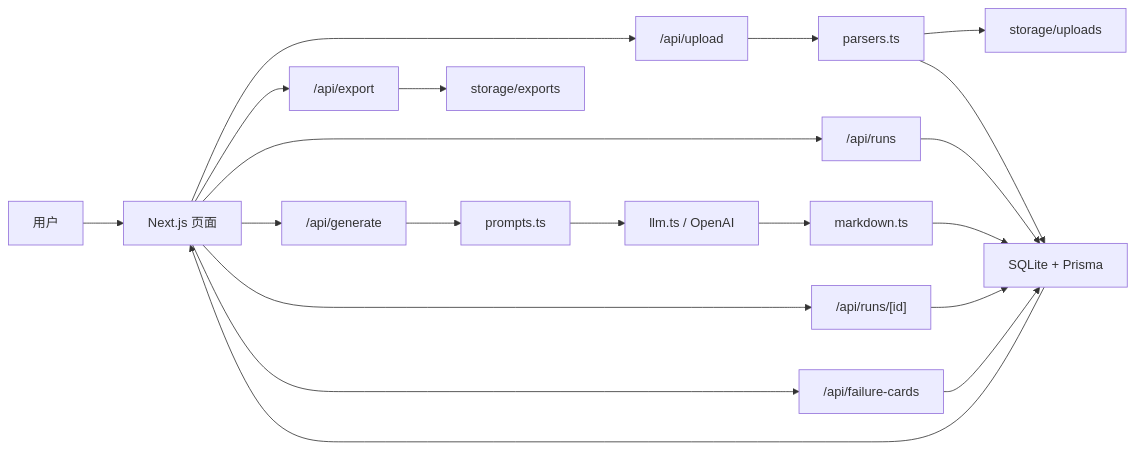
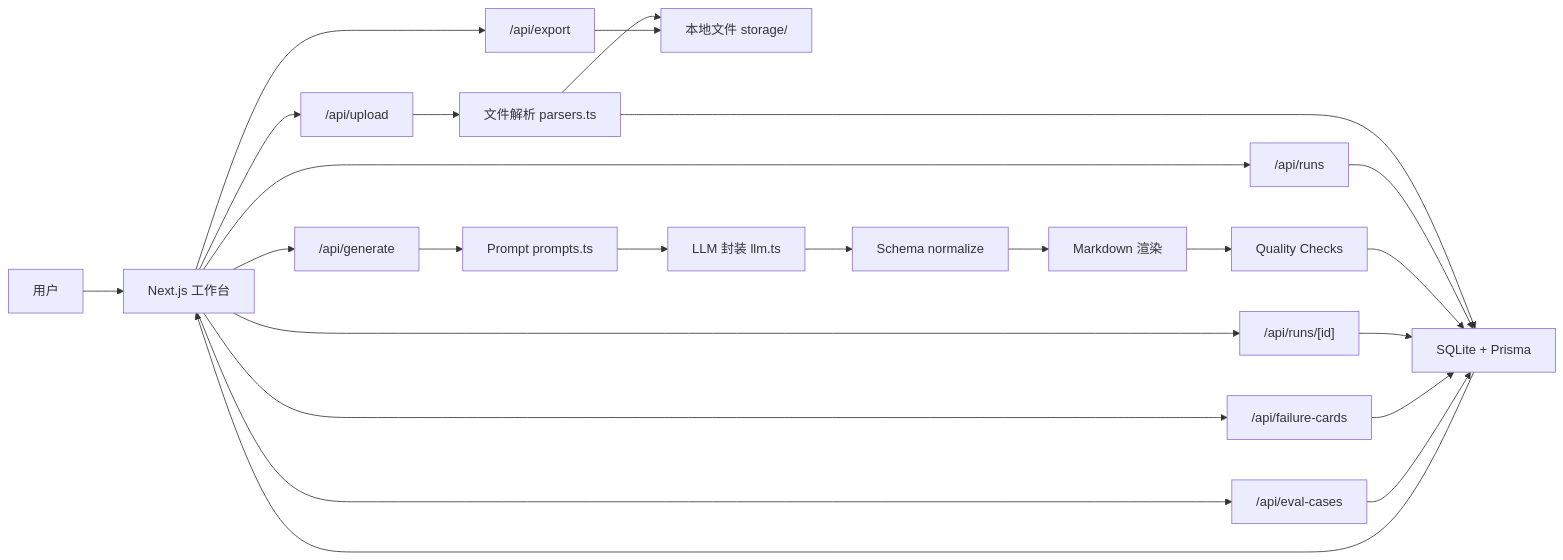
One commit to zhanglunet/apex changed the diagram in README.md. Above: the diagram before and after it, drawn with Mermaid. The commit also changed other lines of this file and 5 other files, not shown here.

````diff
--- a/README.md
+++ b/README.md
@@ -77,25 +128,30 @@
 ```mermaid
 flowchart LR
-    User["用户"] --> UI["Next.js 页面"]
+    User["用户"] --> UI["Next.js 工作台"]
+
     UI --> Upload["/api/upload"]
     UI --> Runs["/api/runs"]
     UI --> Generate["/api/generate"]
     UI --> Save["/api/runs/[id]"]
     UI --> Failure["/api/failure-cards"]
+    UI --> Eval["/api/eval-cases"]
     UI --> Export["/api/export"]
 
-    Upload --> Parser["parsers.ts"]
-    Parser --> Files["storage/uploads"]
+    Upload --> Parser["文件解析 parsers.ts"]
+    Parser --> Storage["本地文件 storage/"]
     Parser --> DB["SQLite + Prisma"]
 
     Runs --> DB
-    Generate --> Prompt["prompts.ts"]
-    Prompt --> LLM["llm.ts / OpenAI"]
-    LLM --> Markdown["markdown.ts"]
-    Markdown --> DB
+    Generate --> Prompt["Prompt prompts.ts"]
+    Prompt --> LLM["LLM 封装 llm.ts"]
+    LLM --> Normalize["Schema normalize"]
+    Normalize --> Markdown["Markdown 渲染"]
+    Markdown --> Quality["Quality Checks"]
+    Quality --> DB
 
     Save --> DB
     Failure --> DB
-    Export --> FilesOut["storage/exports"]
+    Eval --> DB
+    Export --> Storage
     DB --> UI
 ```
````
